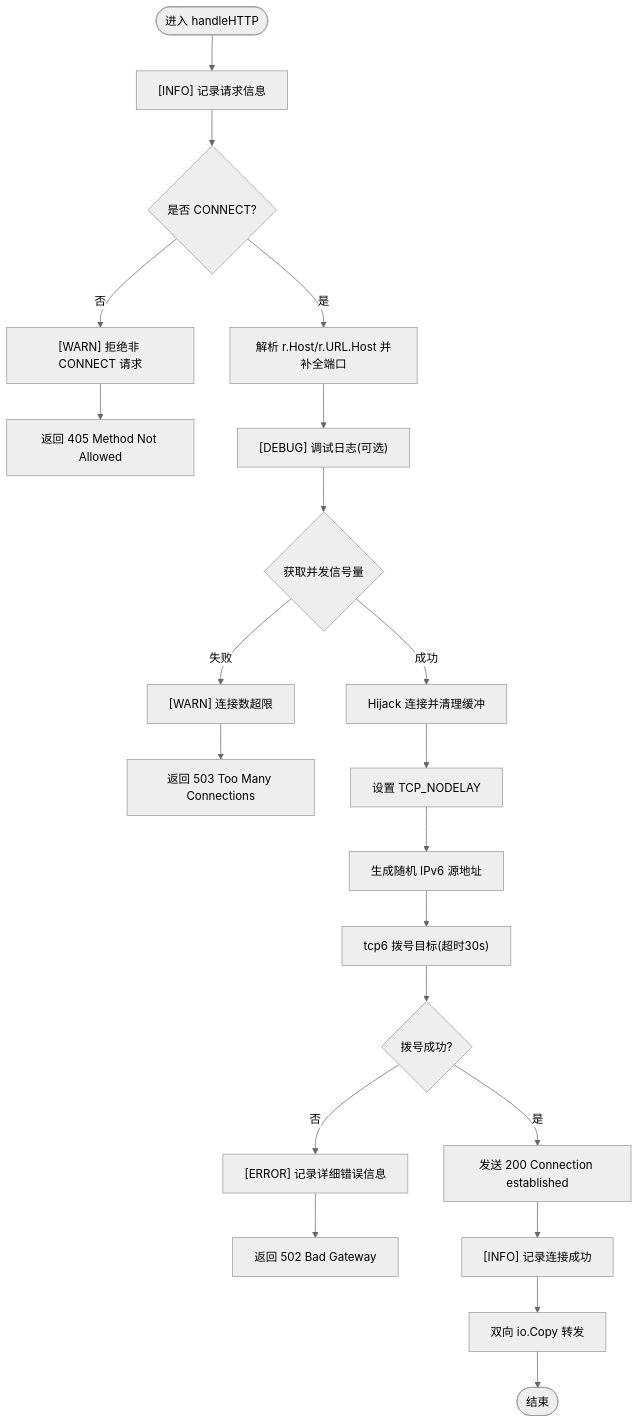
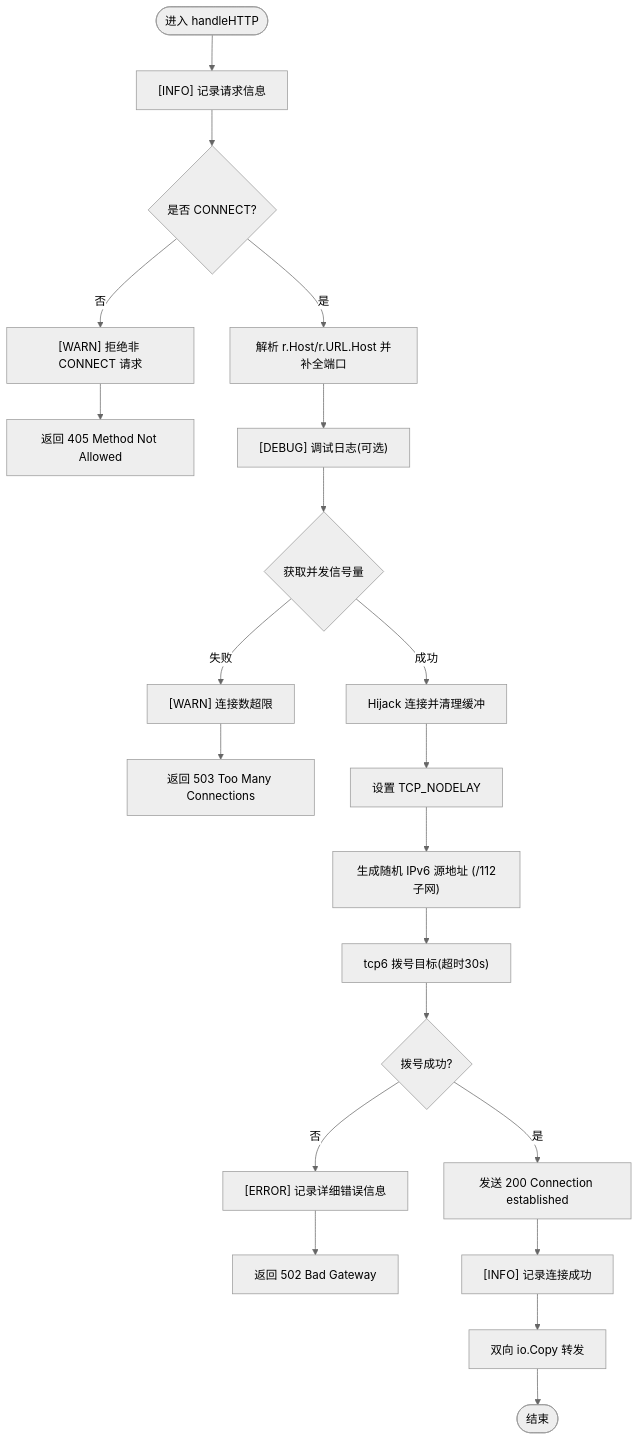
One commit to chuwang9964/ipv6-proxy-pool changed the third of 4 diagrams in .qoder/repowiki/zh/content/部署运维.md. Above: the diagram before and after it, drawn with Mermaid (neutral theme). The commit also changed other lines of this file and 10 other files, not shown here.

````diff
--- a/.qoder/repowiki/zh/content/部署运维.md
+++ b/.qoder/repowiki/zh/content/部署运维.md
@@ -175,23 +180,23 @@
 ```mermaid
 flowchart TD
 Start(["进入 handleHTTP"]) --> LogInfo["[INFO] 记录请求信息"]
 LogInfo --> CheckMethod{"是否 CONNECT?"}
 CheckMethod --> |否| WarnLog["[WARN] 拒绝非 CONNECT 请求"]
 WarnLog --> Err405["返回 405 Method Not Allowed"]
 CheckMethod --> |是| ParseHost["解析 r.Host/r.URL.Host 并补全端口"]
 ParseHost --> DebugLog["[DEBUG] 调试日志(可选)"]
 DebugLog --> SemAcquire{"获取并发信号量"}
 SemAcquire --> |失败| WarnLimit["[WARN] 连接数超限"]
 WarnLimit --> Err503["返回 503 Too Many Connections"]
 SemAcquire --> |成功| Hijack["Hijack 连接并清理缓冲"]
 Hijack --> SetNoDelay["设置 TCP_NODELAY"]
-SetNoDelay --> RandomIP["生成随机 IPv6 源地址"]
+SetNoDelay --> RandomIP["生成随机 IPv6 源地址 (/112子网)"]
 RandomIP --> DialTarget["tcp6 拨号目标(超时30s)"]
 DialTarget --> DialOK{"拨号成功?"}
 DialOK --> |否| ErrorLog["[ERROR] 记录详细错误信息"]
 ErrorLog --> Err502["返回 502 Bad Gateway"]
 DialOK --> |是| Send200["发送 200 Connection established"]
 Send200 --> InfoOK["[INFO] 记录连接成功"]
 InfoOK --> Relay["双向 io.Copy 转发"]
 Relay --> End(["结束"])
 ```
````
